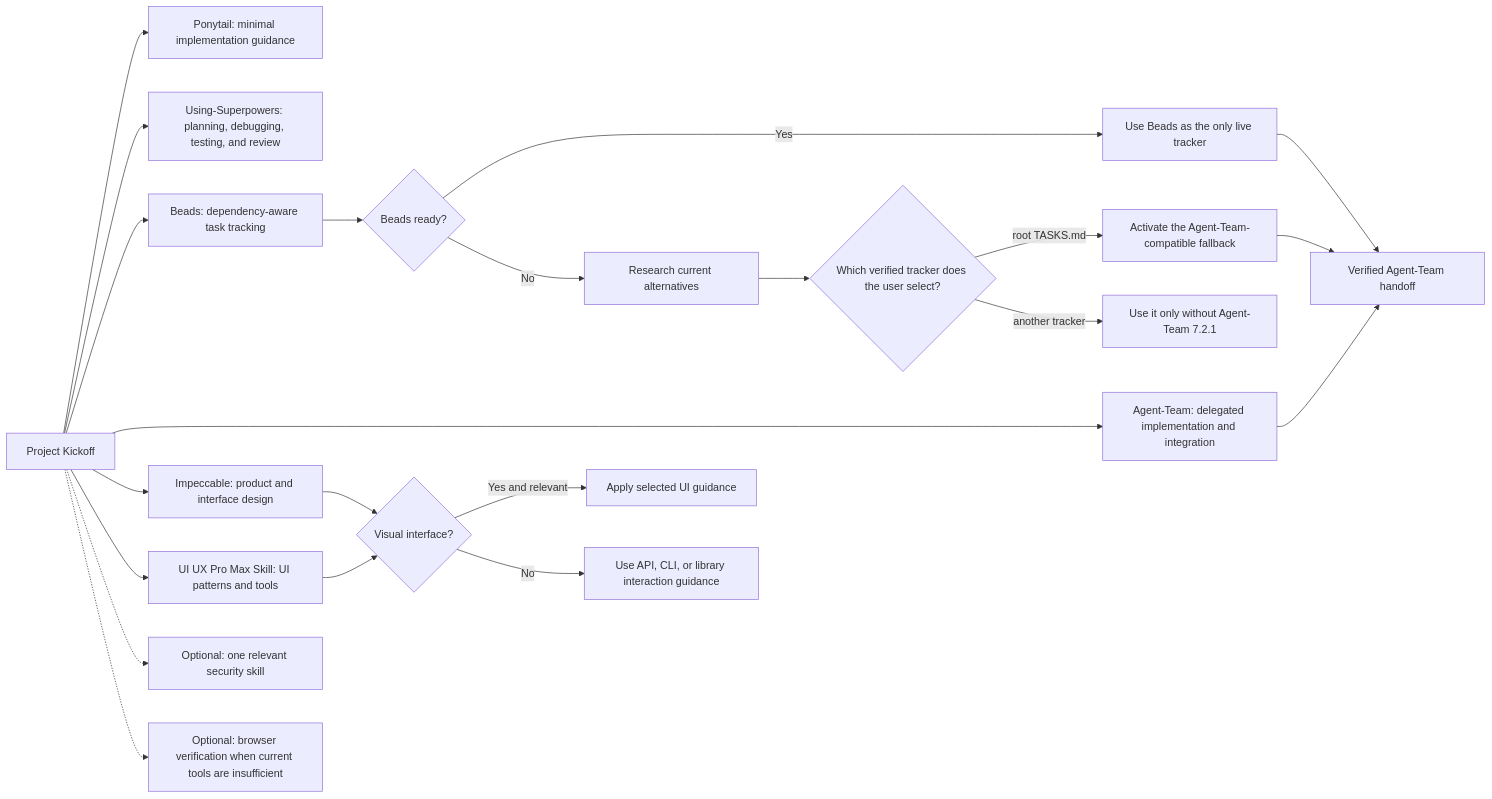
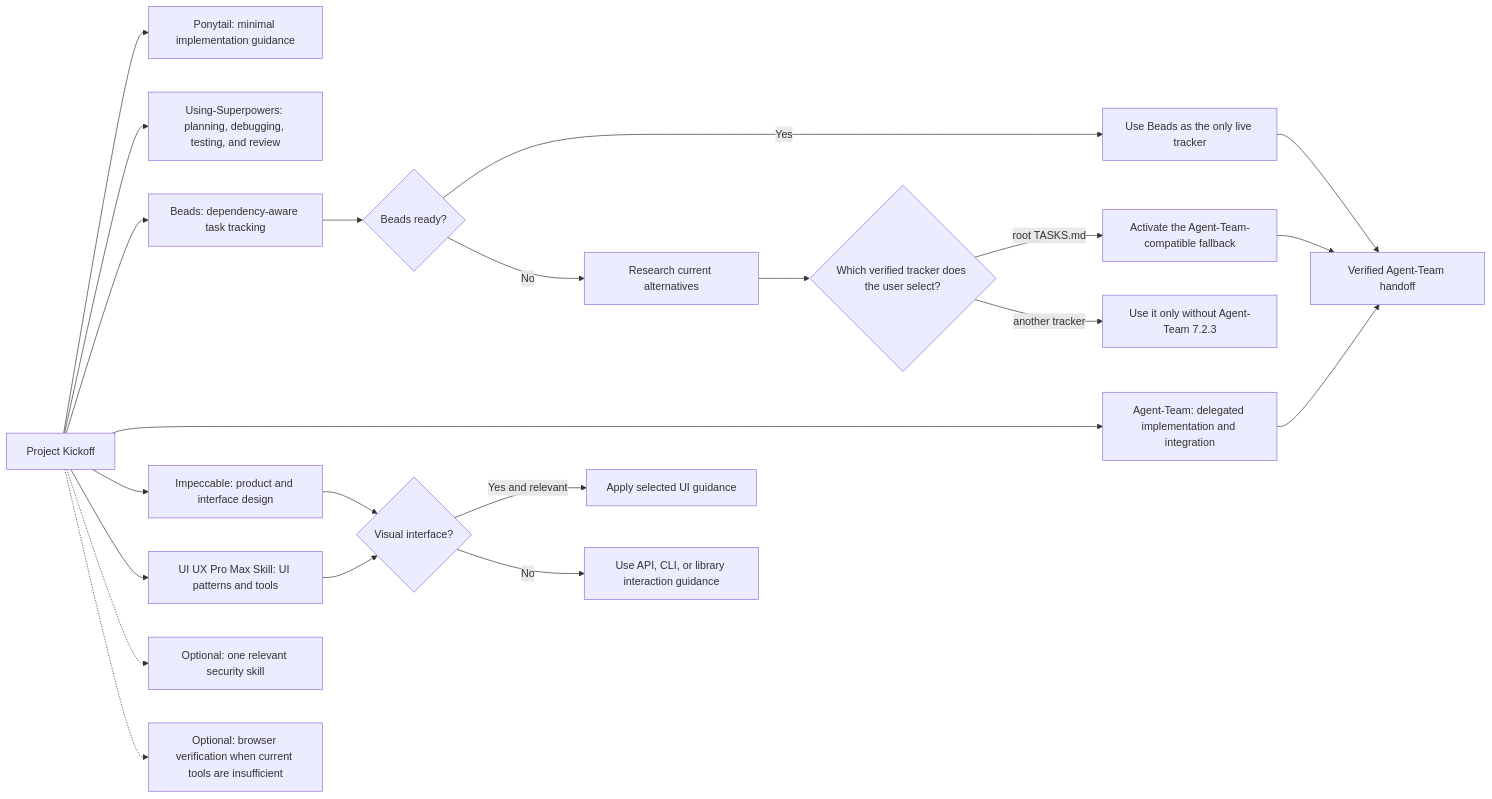
One commit to thebpandey/project-kickoff changed the second of 2 diagrams in README.md. Above: the diagram before and after it, drawn with Mermaid. The commit also changed other lines of this file and 11 other files, not shown here.

Commit message:
fix: target Agent-Team 7.2.3 handoffs

````diff
--- a/README.md
+++ b/README.md
@@ -156,27 +156,27 @@
 ```mermaid
 flowchart LR
     PK["Project Kickoff"] --> P["Ponytail: minimal implementation guidance"]
     PK --> S["Using-Superpowers: planning, debugging, testing, and review"]
     PK --> B["Beads: dependency-aware task tracking"]
     PK --> A["Agent-Team: delegated implementation and integration"]
     PK --> I["Impeccable: product and interface design"]
     PK --> UI["UI UX Pro Max Skill: UI patterns and tools"]
 
     B --> BR{"Beads ready?"}
     BR -->|Yes| BT["Use Beads as the only live tracker"]
     BR -->|No| RESEARCH["Research current alternatives"]
     RESEARCH --> USER{"Which verified tracker does the user select?"}
     USER -->|root TASKS.md| FT["Activate the Agent-Team-compatible fallback"]
-    USER -->|another tracker| NAT["Use it only without Agent-Team 7.2.1"]
+    USER -->|another tracker| NAT["Use it only without Agent-Team 7.2.3"]
 
     I --> VIS{"Visual interface?"}
     UI --> VIS
     VIS -->|Yes and relevant| DESIGN["Apply selected UI guidance"]
     VIS -->|No| NONVIS["Use API, CLI, or library interaction guidance"]
 
     PK -.-> SEC["Optional: one relevant security skill"]
     PK -.-> BROWSER["Optional: browser verification when current tools are insufficient"]
     BT --> HANDOFF["Verified Agent-Team handoff"]
     FT --> HANDOFF
     A --> HANDOFF
 ```
````
